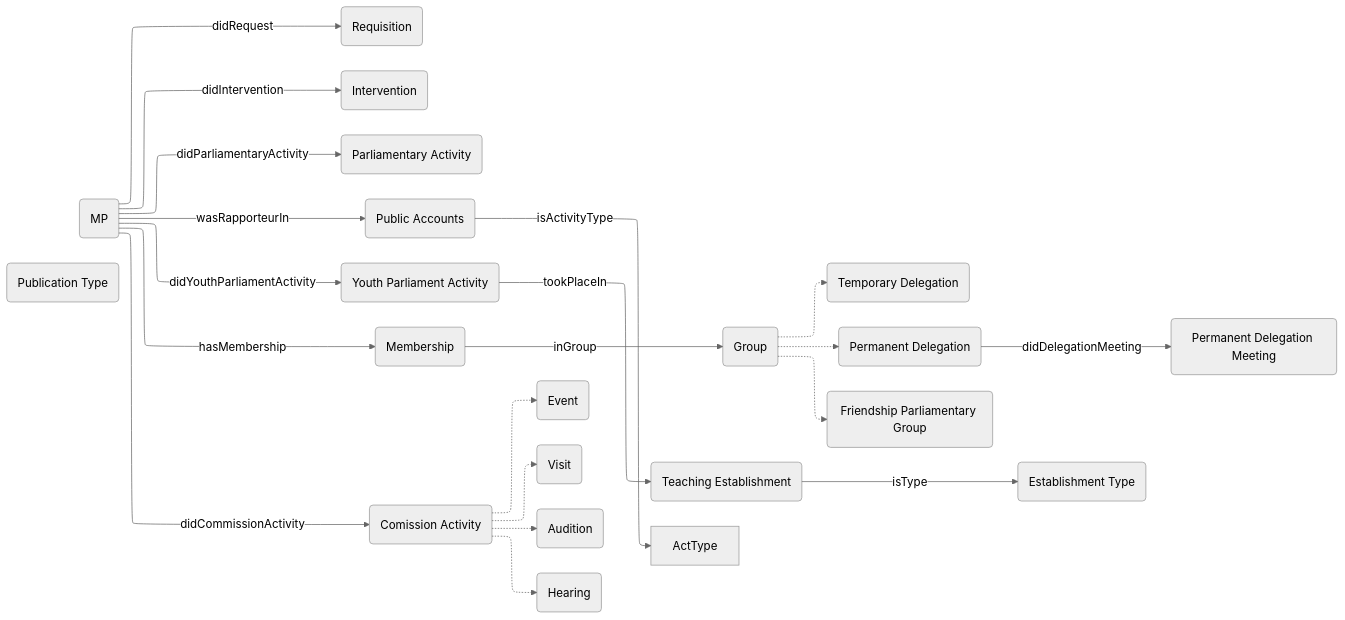
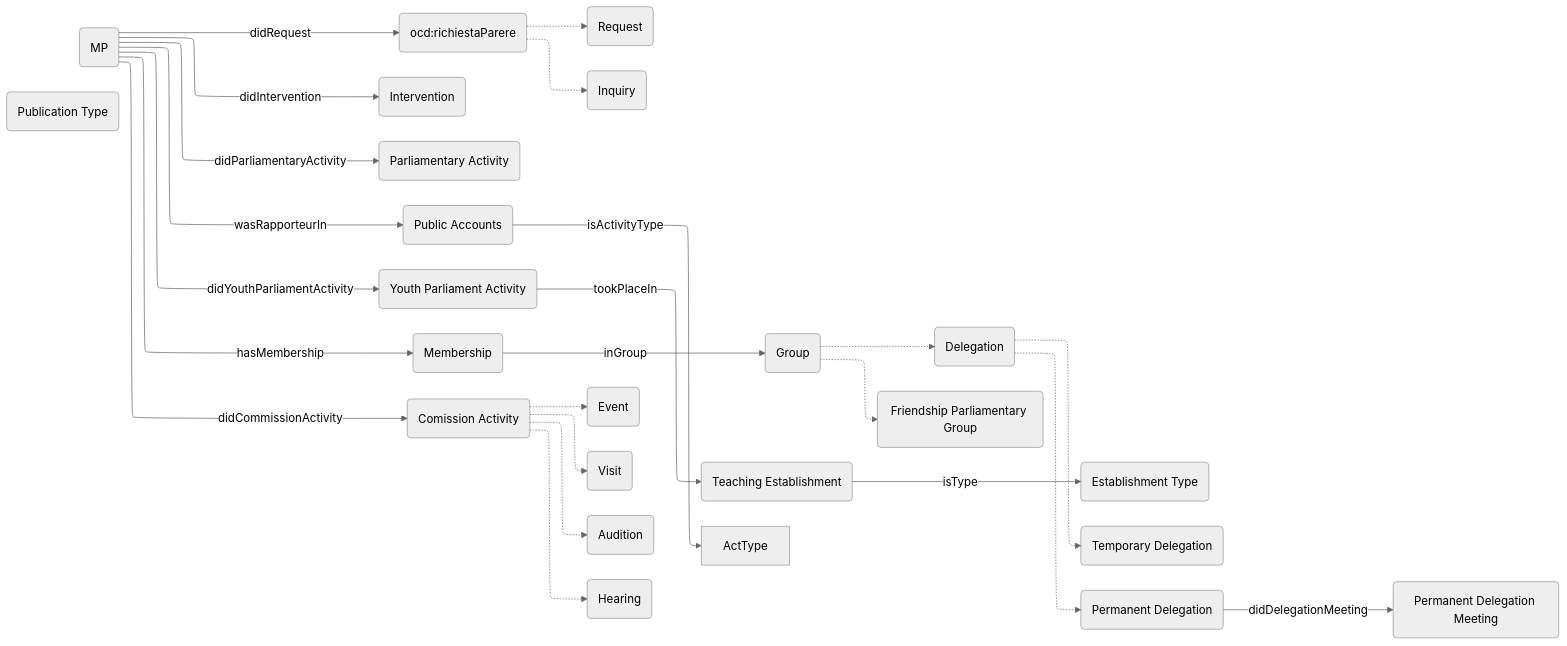
The diagram in OpenDataGOV-AP/DataModel/mp-activity/mp-activity.mermaid (politrackpt/ontologies), drawn with Mermaid (neutral theme) before and after one commit.

Commit message:
AP: add missing subclasses

```diff
--- a/OpenDataGOV-AP/DataModel/mp-activity/mp-activity.mermaid
+++ b/OpenDataGOV-AP/DataModel/mp-activity/mp-activity.mermaid
@@ -1,45 +1,51 @@
 ---
 config:
   layout: elk
 ---
 flowchart LR
     MP("MP")
-    Req("Requisition")
+    Req("ocd:richiestaParere")
+    ReqReq("Request")
+    Inq("Inquiry")
     Interv("Intervention")
     PubType("Publication Type")
     PAct("Parliamentary Activity")
     PE("Public Accounts")
     Event("Event")
     Visit("Visit")
     Audition("Audition")
     Group("Group")
     Hearing("Hearing")
     YPA("Youth Parliament Activity")
     TeaEs("Teaching Establishment")
     EsType("Establishment Type")
     Mem("Membership")
+    Del("Delegation")
     DelE("Temporary Delegation")
     DelP("Permanent Delegation")
     FPG("Friendship Parliamentary Group")
     DelPM("Permanent Delegation Meeting")
     ComA("Comission Activity")
 
     MP -- didCommissionActivity --> ComA
     ComA -.-> Hearing
     ComA -.-> Audition
     ComA -.-> Event
     ComA -.-> Visit
     MP -- didRequest --> Req
+    Req -.-> ReqReq
+    Req -.-> Inq
     MP -- didIntervention --> Interv
     MP -- didParliamentaryActivity --> PAct
     MP -- wasRapporteurIn --> PE
     PE -- isActivityType --> ActType
     MP -- didYouthParliamentActivity --> YPA
     YPA -- tookPlaceIn --> TeaEs
     TeaEs -- isType --> EsType
     MP -- hasMembership --> Mem
     DelP -- didDelegationMeeting --> DelPM
     Mem -- inGroup --> Group 
     Group -.-> FPG
-    Group -.-> DelE
-    Group -.-> DelP
+    Group -.-> Del
+    Del -.-> DelE
+    Del -.-> DelP
```
